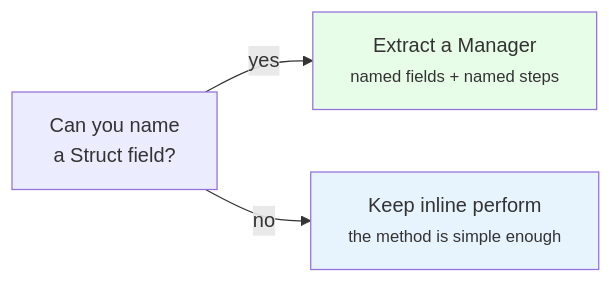
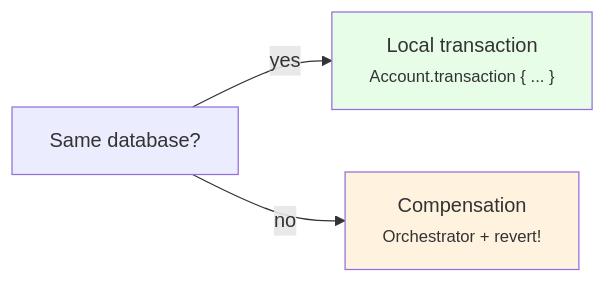
Before and after one commit to railswhey/app: the first of 3 diagrams in README.md, drawn with Mermaid. The commit also changed other lines of this file and 49 other files, not shown here.

````diff
--- a/README.md
+++ b/README.md
@@ -50,9 +56,9 @@
 ```mermaid
 flowchart LR
-  B["Can you name<br/>a Struct field?"]
-  B -->|"yes"| M["Extract a Manager<br/><small>named fields + named steps</small>"]
-  B -->|"no"| K["Keep inline perform<br/><small>the method is simple enough</small>"]
+  B["Same database?"]
+  B -->|"yes"| L["Local transaction<br/><small>Account.transaction { ... }</small>"]
+  B -->|"no"| S["Compensation<br/><small>Orchestrator + revert!</small>"]
 
-  style M fill:#e8fde8
-  style K fill:#e8f4fd
+  style L fill:#e8fde8
+  style S fill:#fff3e0
 ```
````
